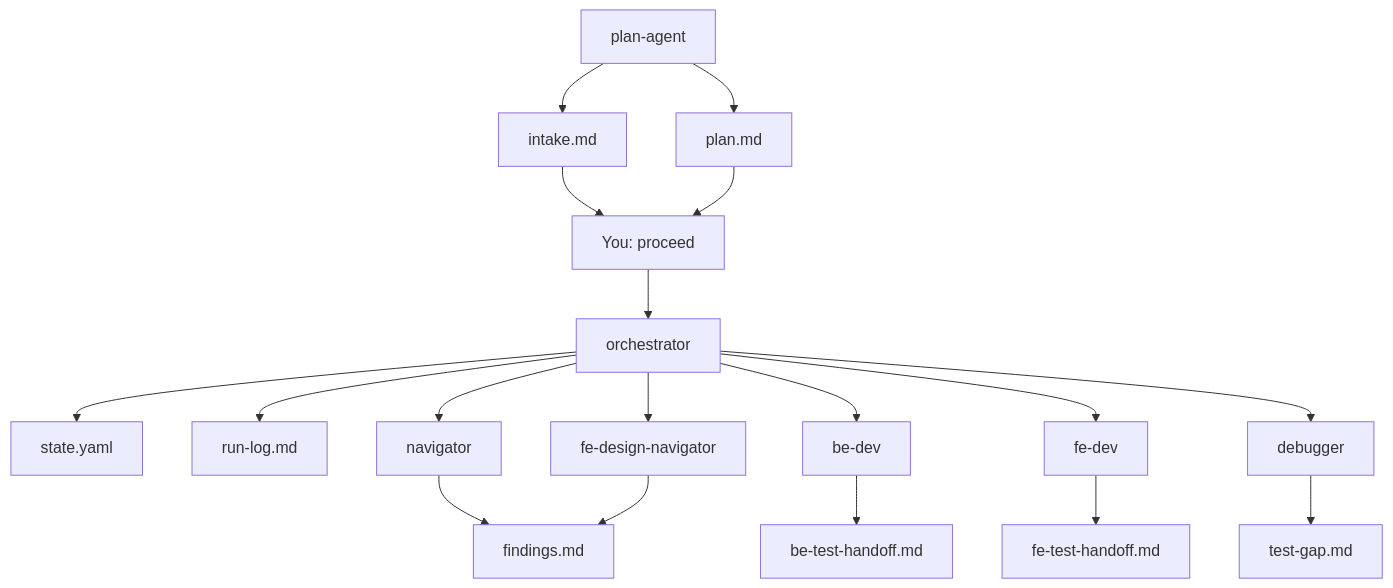
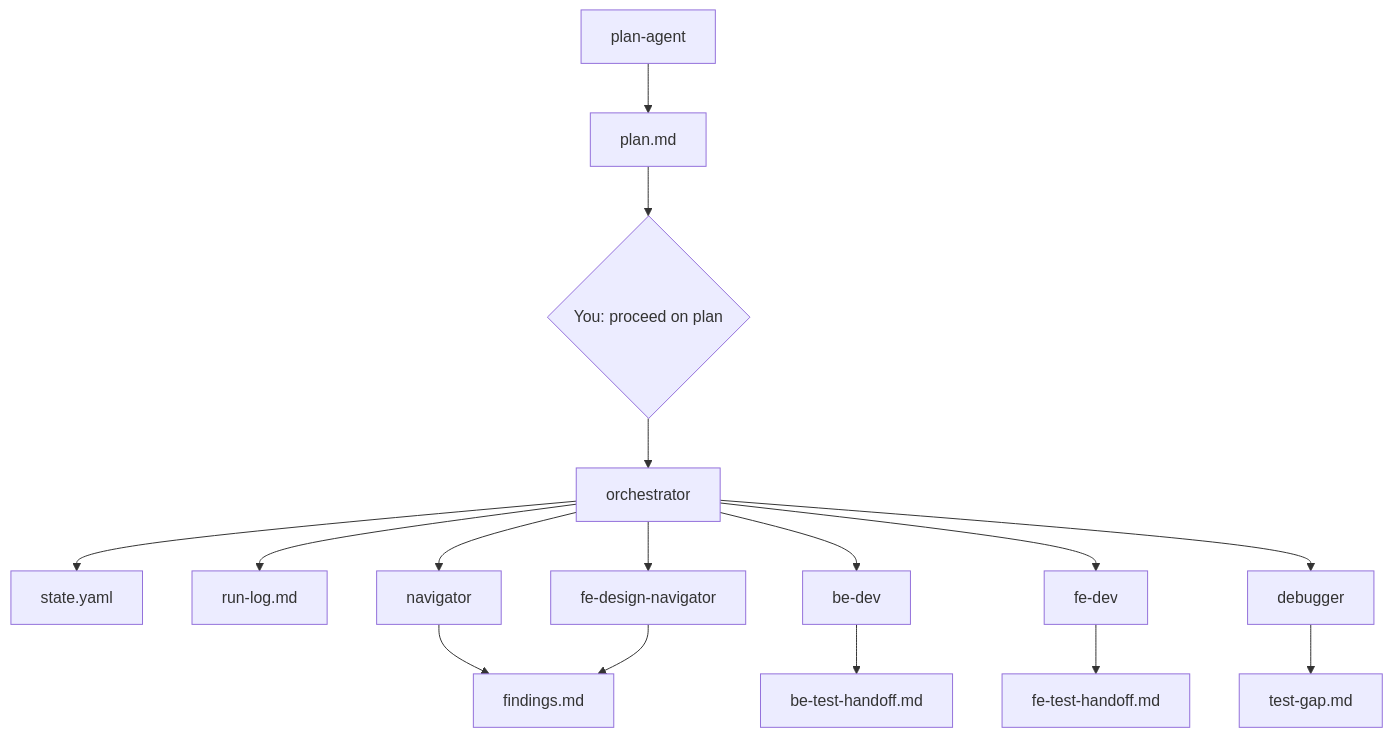
Before and after one commit to NikoNakkan/TestAgenFl: the diagram in docs/working/ARTIFACTS.md, drawn with Mermaid. The commit also changed other lines of this file and 7 other files, not shown here.

Commit message:
Merge intake into plan.md with user review gate before orchestrator runs.

````diff
--- a/docs/working/ARTIFACTS.md
+++ b/docs/working/ARTIFACTS.md
@@ -245,32 +222,28 @@
 ```mermaid
 flowchart TD
   PA[plan-agent]
-  INT[intake.md]
   PLN[plan.md]
-  H1[You: proceed]
   OR[orchestrator]
   ST[state.yaml]
   RL[run-log.md]
   NAV[navigator]
   FND[findings.md]
   FDN[fe-design-navigator]
   BD[be-dev]
   BTH[be-test-handoff.md]
   FD[fe-dev]
   FTH[fe-test-handoff.md]
   DBG[debugger]
   TG[test-gap.md]
 
-  PA --> INT
   PA --> PLN
-  INT --> H1
-  PLN --> H1
+  PLN --> H1{You: proceed on plan}
   H1 --> OR
   OR --> ST
   OR --> RL
   OR --> NAV --> FND
   OR --> FDN --> FND
   OR --> BD --> BTH
   OR --> FD --> FTH
   OR --> DBG --> TG
 ```
````
